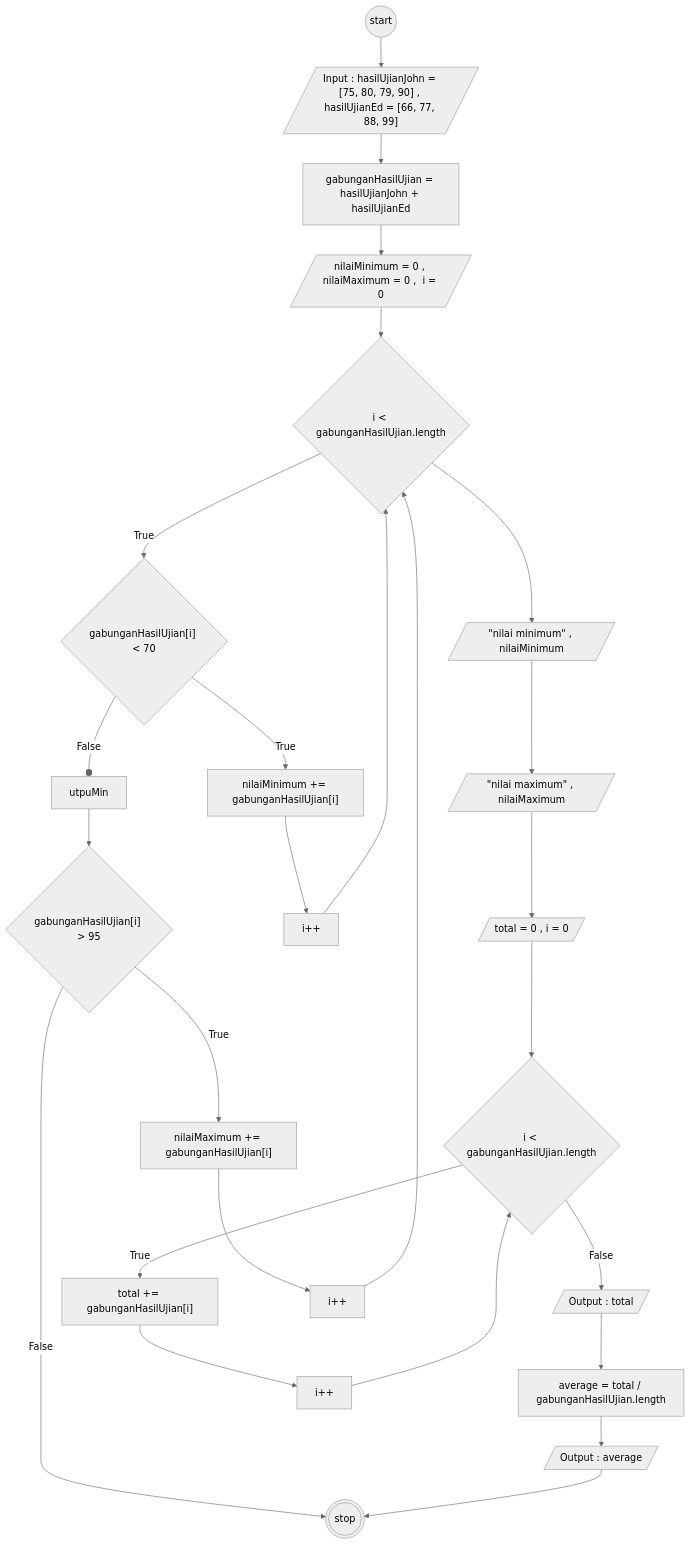
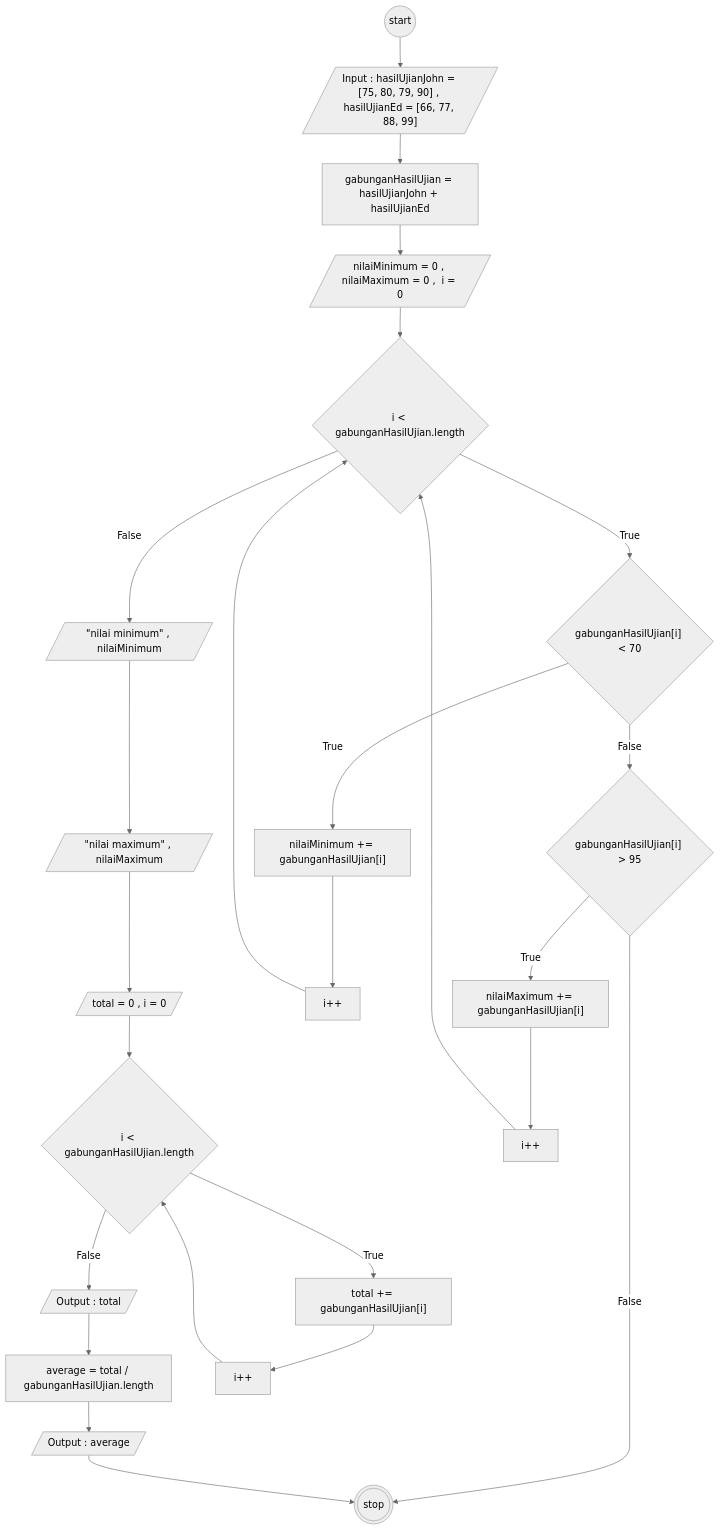
The diagram in task1.md (adityabastyas/koda-b6-javascript2), drawn with Mermaid (neutral theme) before and after one commit.

Commit message:
Update mermaid flowchart in task1.md

````diff
--- a/task1.md
+++ b/task1.md
@@ -1,59 +1,58 @@
 ```mermaid
 flowchart TD
   start@{shape: circle}
   input@{shape: lean-r, label : 'Input : hasilUjianJohn = [75, 80, 79, 90] , hasilUjianEd = [66, 77, 88, 99]'}
   gabung@{shape: rect, label : 'gabunganHasilUjian = hasilUjianJohn + hasilUjianEd'}
 
   total@{shape: lean-r, label : 'total = 0 , i = 0'}
 
 average@{shape: rect, label : 'average = total / gabunganHasilUjian.length'}
   stop@{shape: dbl-circ}
 
 ifGabungan@{shape: diamond, label : 'i < gabunganHasilUjian.length'}
 totalYa@{shape: rect, label : 'total += gabunganHasilUjian[i]'}
 iPlusPlus@{shape: rect, label : 'i++'}
 OutputTotal@{shape: lean-r , label : 'Output : total'}
 OutputAverage@{shape: lean-r , label : 'Output : average'}
 
 minMax@{shape: lean-r, label : 'nilaiMinimum = 0 , nilaiMaximum = 0 ,  i = 0'}
 minMaxTrue@{shape : rect, label : 'nilaiMinimum += gabunganHasilUjian[i]'}
 
 ifGabungan1@{shape: diamond, label : 'i < gabunganHasilUjian.length'}
 isMin@{shape: diamond , label : 'gabunganHasilUjian[i] < 70'}
 
 outpuMin@{shape: lean-r, label : '"nilai minimum" , nilaiMinimum'}
 outpuMax@{shape: lean-r, label : '"nilai maximum" , nilaiMaximum'}
 plusplus@{shape: rect, label : 'i++'}
 
 ifLebih95@{shape: diamond, label : 'gabunganHasilUjian[i] > 95'}
 ifLebih95True@{shape: rect, label : 'nilaiMaximum += gabunganHasilUjian[i]'}
 plusplus2@{shape: rect, label : 'i++'}
 
   start --> input
   input --> gabung
   gabung --> minMax
   minMax-->ifGabungan1
   ifGabungan1 --True--> isMin --True--> minMaxTrue
   minMaxTrue --> plusplus --> ifGabungan1
-   ifGabungan1 -->
-   outpuMin --> outpuMax
+   ifGabungan1 --False -->outpuMin --> outpuMax
 
-  isMin --False--outpuMin --> ifLebih95
+  isMin --False--> ifLebih95
   ifLebih95 --True--> ifLebih95True --> plusplus2
   plusplus2 --> ifGabungan1
   ifLebih95 --False--> stop
 
    outpuMax -->  total
 
 
 
 total --> ifGabungan
 ifGabungan --True--> totalYa
 totalYa --> iPlusPlus
 iPlusPlus --> ifGabungan
 ifGabungan --False--> OutputTotal
 OutputTotal --> average
  average --> OutputAverage --> stop
 
 
 ```
````
